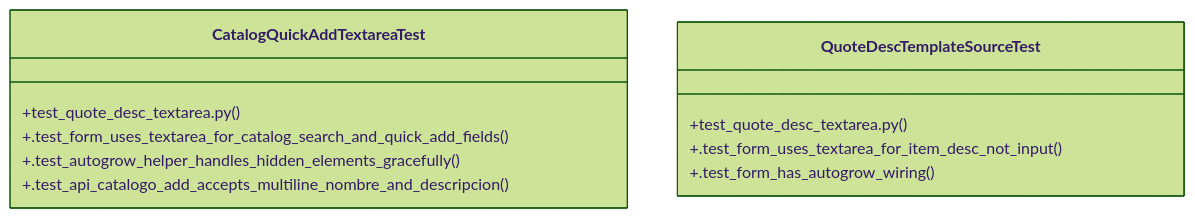
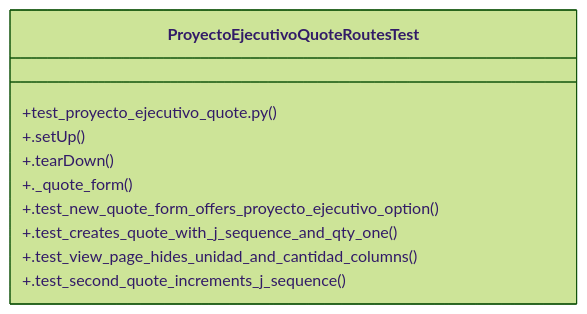
The diagram in graphify-out/wiki/Community_33.md (Daftrick/ProjectTracker), drawn with Mermaid (forest theme) before and after one commit. The commit also changed other lines of this file and 544 other files, not shown here.

````diff
--- a/graphify-out/wiki/Community_33.md
+++ b/graphify-out/wiki/Community_33.md
@@ -19,14 +19,13 @@
 ```mermaid
 classDiagram
-    class CatalogQuickAddTextareaTest {
-        +test_quote_desc_textarea.py()
-        +.test_form_uses_textarea_for_catalog_search_and_quick_add_fields()
-        +.test_autogrow_helper_handles_hidden_elements_gracefully()
-        +.test_api_catalogo_add_accepts_multiline_nombre_and_descripcion()
-    }
-    class QuoteDescTemplateSourceTest {
-        +test_quote_desc_textarea.py()
-        +.test_form_uses_textarea_for_item_desc_not_input()
-        +.test_form_has_autogrow_wiring()
+    class ProyectoEjecutivoQuoteRoutesTest {
+        +test_proyecto_ejecutivo_quote.py()
+        +.setUp()
+        +.tearDown()
+        +._quote_form()
+        +.test_new_quote_form_offers_proyecto_ejecutivo_option()
+        +.test_creates_quote_with_j_sequence_and_qty_one()
+        +.test_view_page_hides_unidad_and_cantidad_columns()
+        +.test_second_quote_increments_j_sequence()
     }
 ```
````
